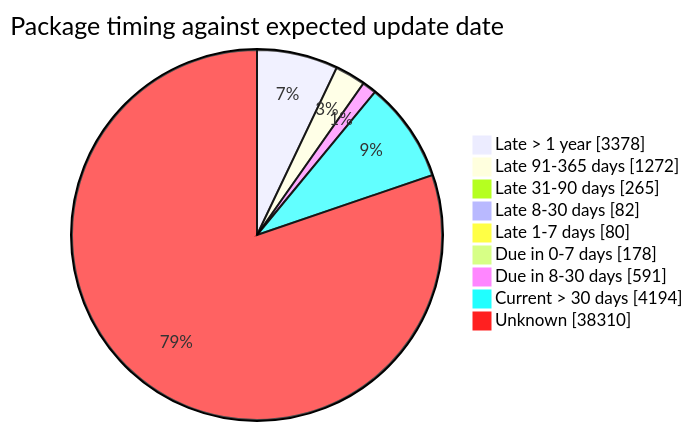
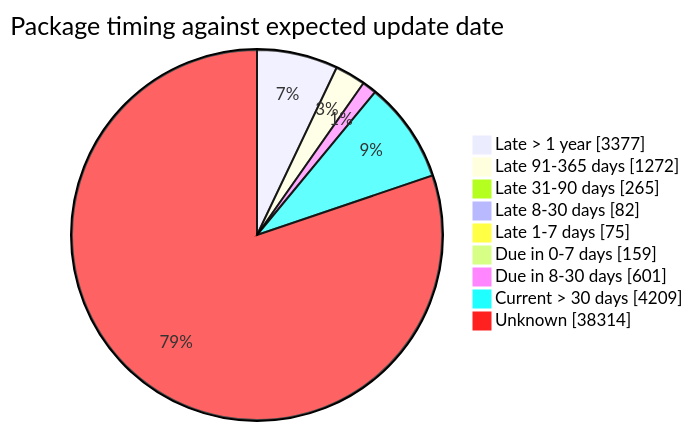
One commit to open-data/analytics-corporate-reporting changed the fourth of 5 diagrams in FreshCheck/README.md. Above: the diagram before and after it, drawn with Mermaid. The commit also changed other lines of this file and 3 other files, not shown here.

````diff
--- a/FreshCheck/README.md
+++ b/FreshCheck/README.md
@@ -86,12 +86,12 @@
 ```mermaid
 pie showData title Package timing against expected update date
-    "Late > 1 year": 3378
+    "Late > 1 year": 3377
     "Late 91-365 days": 1272
     "Late 31-90 days": 265
     "Late 8-30 days": 82
-    "Late 1-7 days": 80
-    "Due in 0-7 days": 178
-    "Due in 8-30 days": 591
-    "Current > 30 days": 4194
-    "Unknown": 38310
+    "Late 1-7 days": 75
+    "Due in 0-7 days": 159
+    "Due in 8-30 days": 601
+    "Current > 30 days": 4209
+    "Unknown": 38314
 ```
````
